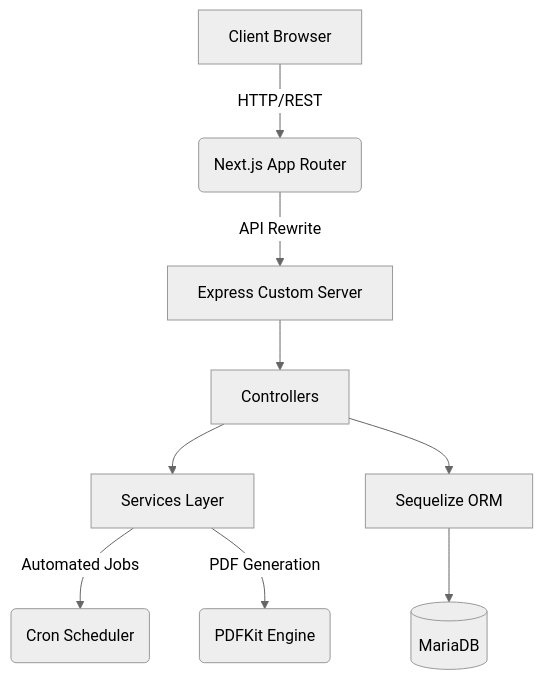
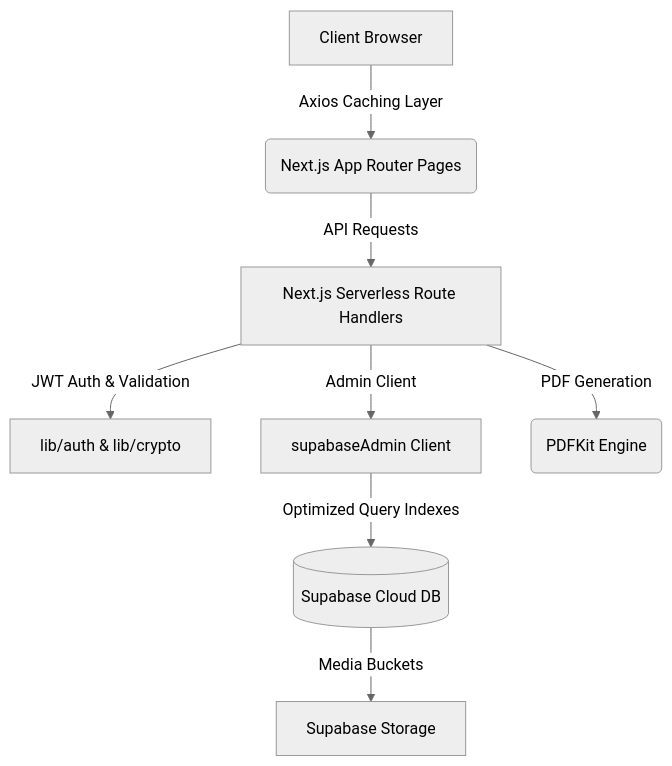
One commit to mohamedfaisal-dev/Property-Management changed the diagram in README.md. Above: the diagram before and after it, drawn with Mermaid (neutral theme). The commit also changed other lines of this file and 6 other files, not shown here.

Commit message:
feat: implement API service with caching, add admin creation script, and introduce infrastructure for property management dashboard

````diff
--- a/README.md
+++ b/README.md
@@ -41,11 +45,10 @@
 ```mermaid
 graph TD
-    A[Client Browser] -->|HTTP/REST| B(Next.js App Router)
-    B -->|API Rewrite| C[Express Custom Server]
-    C --> D[Controllers]
-    D --> E[Services Layer]
-    E -->|Automated Jobs| F(Cron Scheduler)
-    E -->|PDF Generation| G(PDFKit Engine)
-    D --> H[Sequelize ORM]
-    H --> I[(MariaDB)]
+    A[Client Browser] -->|Axios Caching Layer| B(Next.js App Router Pages)
+    B -->|API Requests| C[Next.js Serverless Route Handlers]
+    C -->|JWT Auth & Validation| D[lib/auth & lib/crypto]
+    C -->|Admin Client| E[supabaseAdmin Client]
+    E -->|Optimized Query Indexes| F[(Supabase Cloud DB)]
+    C -->|PDF Generation| G(PDFKit Engine)
+    F -->|Media Buckets| H[Supabase Storage]
 ```
````
